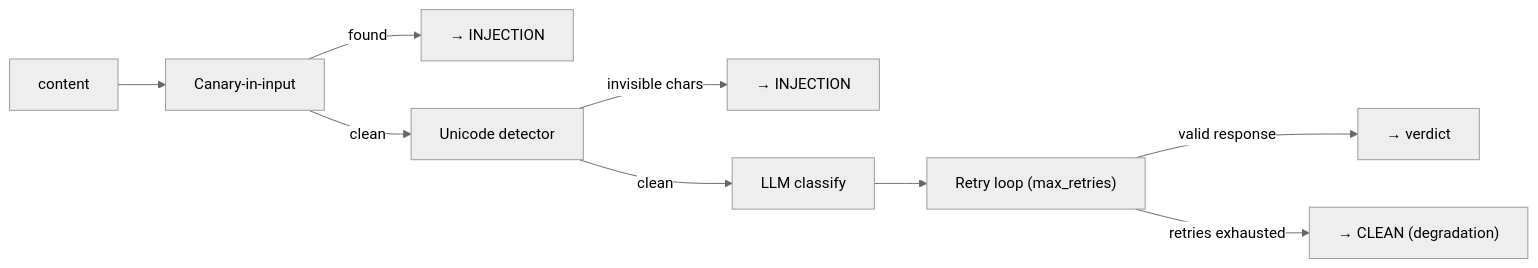
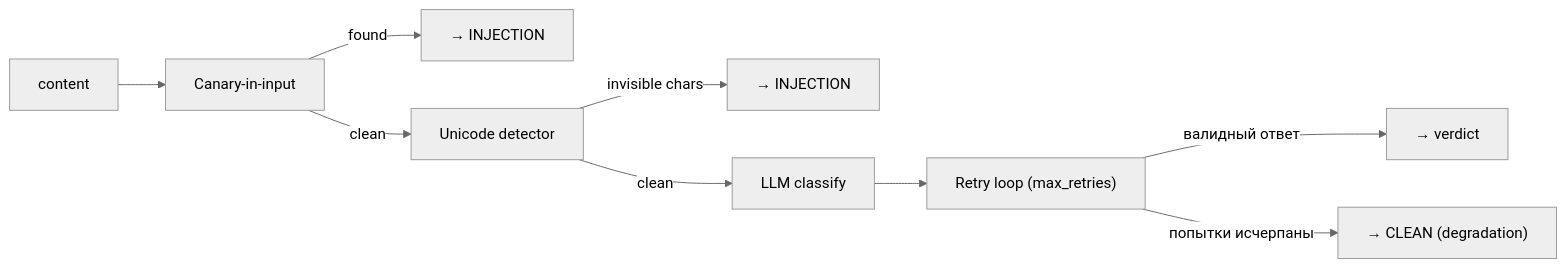
Before and after one commit to Bbar0n234/learnflow-ai: the second of 4 diagrams in doc/security/architecture.md, drawn with Mermaid (neutral theme). The commit also changed other lines of this file and 1 other file, not shown here.

First line of the commit message:
docs(conventions): применимость правил к диаграммам + фикс architecture.md

````diff
--- a/doc/security/architecture.md
+++ b/doc/security/architecture.md
@@ -64,11 +65,11 @@
 ```mermaid
 flowchart LR
     INPUT["content"] --> C["Canary-in-input"]
     C -->|"found"| INJ1["→ INJECTION"]
     C -->|"clean"| U["Unicode detector"]
     U -->|"invisible chars"| INJ2["→ INJECTION"]
     U -->|"clean"| L["LLM classify"]
     L --> RETRY["Retry loop (max_retries)"]
-    RETRY -->|"valid response"| RESULT["→ verdict"]
-    RETRY -->|"retries exhausted"| FALLBACK["→ CLEAN (degradation)"]
+    RETRY -->|"валидный ответ"| RESULT["→ verdict"]
+    RETRY -->|"попытки исчерпаны"| FALLBACK["→ CLEAN (degradation)"]
 ```
````
